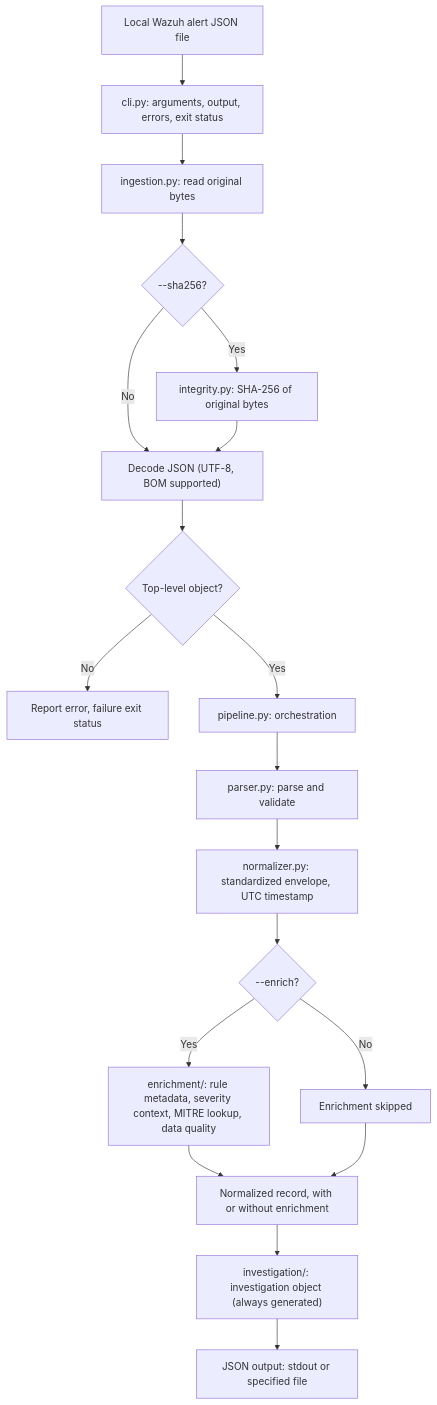
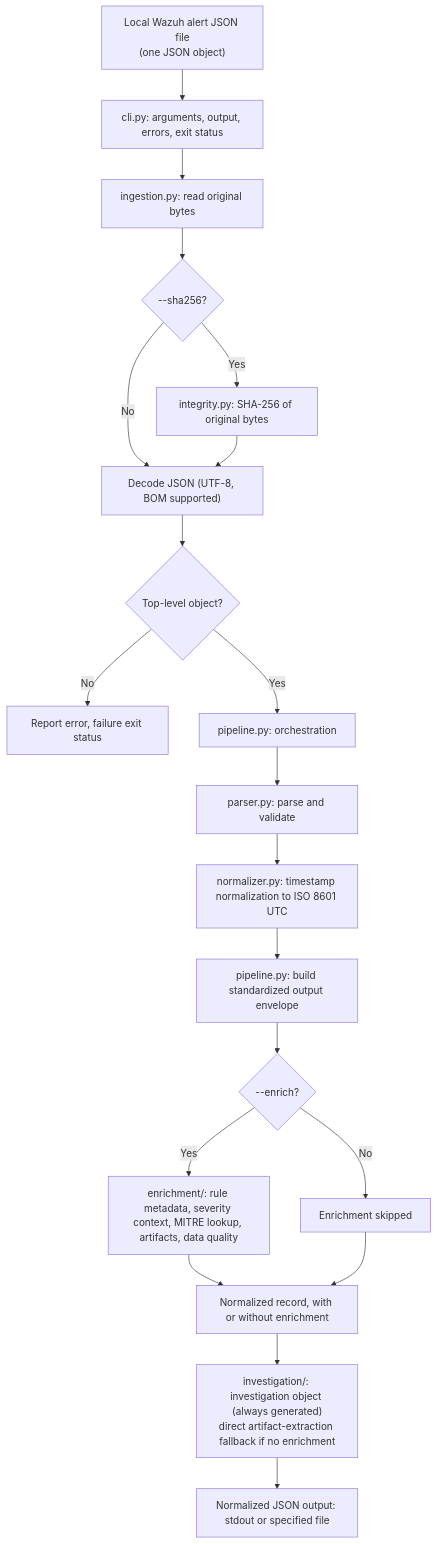
One commit to andyydz/python-soc-automation changed the first of 2 diagrams in docs/architecture.md. Above: the diagram before and after it, drawn with Mermaid. The commit also changed other lines of this file, not shown here.

````diff
--- a/docs/architecture.md
+++ b/docs/architecture.md
@@ -41,21 +56,22 @@
 ```mermaid
 flowchart TD
-    A["Local Wazuh alert JSON file"] --> B["cli.py: arguments, output, errors, exit status"]
+    A["Local Wazuh alert JSON file<br/>(one JSON object)"] --> B["cli.py: arguments, output, errors, exit status"]
     B --> C["ingestion.py: read original bytes"]
     C --> D{"--sha256?"}
     D -- "Yes" --> E["integrity.py: SHA-256 of original bytes"]
     D -- "No" --> F["Decode JSON (UTF-8, BOM supported)"]
     E --> F
     F --> G{"Top-level object?"}
     G -- "No" --> X["Report error, failure exit status"]
     G -- "Yes" --> H["pipeline.py: orchestration"]
     H --> I["parser.py: parse and validate"]
-    I --> J["normalizer.py: standardized envelope, UTC timestamp"]
-    J --> K{"--enrich?"}
-    K -- "Yes" --> L["enrichment/: rule metadata, severity context, MITRE lookup, data quality"]
+    I --> J["normalizer.py: timestamp normalization to ISO 8601 UTC"]
+    J --> J2["pipeline.py: build standardized output envelope"]
+    J2 --> K{"--enrich?"}
+    K -- "Yes" --> L["enrichment/: rule metadata, severity context, MITRE lookup, artifacts, data quality"]
     K -- "No" --> L2["Enrichment skipped"]
     L --> M["Normalized record, with or without enrichment"]
     L2 --> M
-    M --> N["investigation/: investigation object (always generated)"]
-    N --> O["JSON output: stdout or specified file"]
+    M --> N["investigation/: investigation object (always generated)<br/>direct artifact-extraction fallback if no enrichment"]
+    N --> O["Normalized JSON output: stdout or specified file"]
 ```
````
